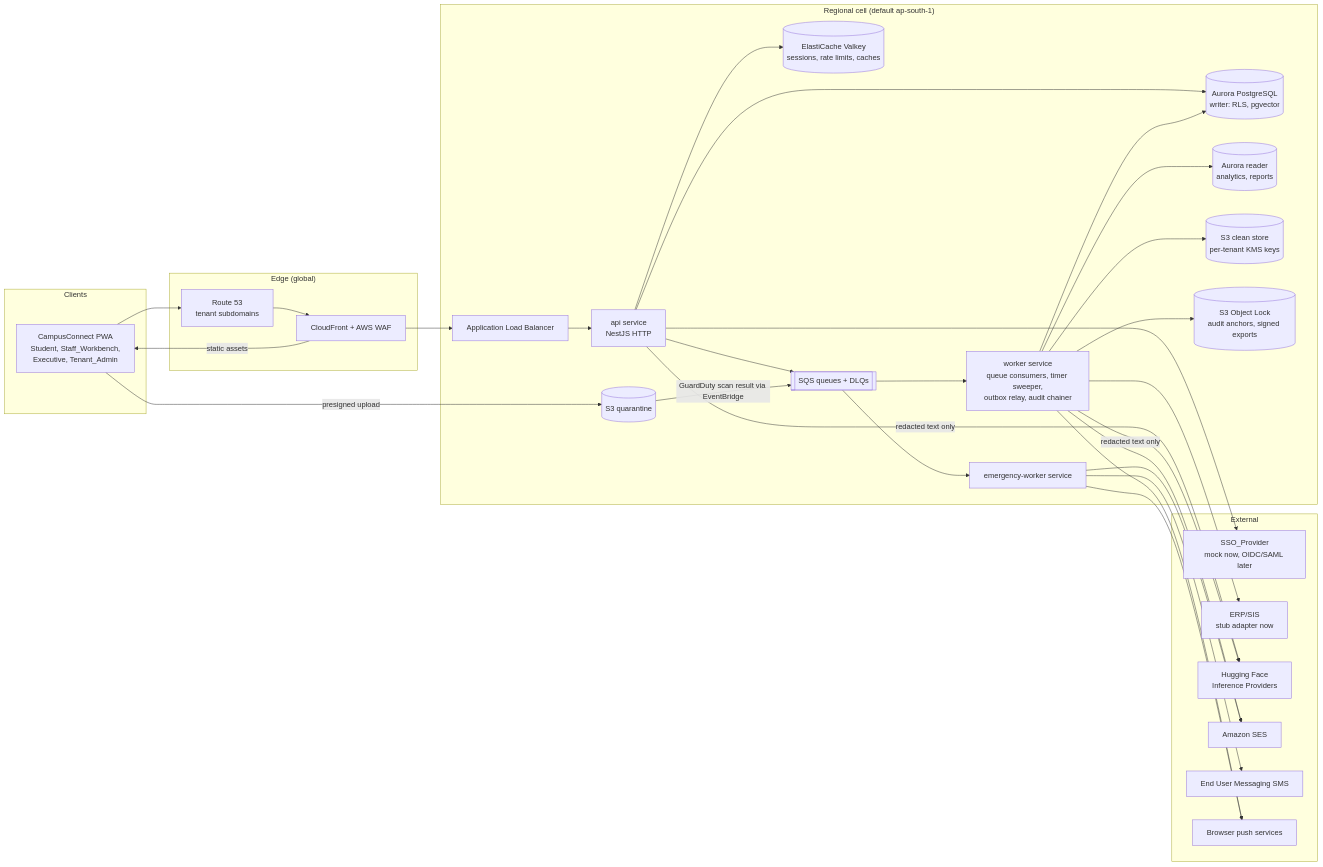
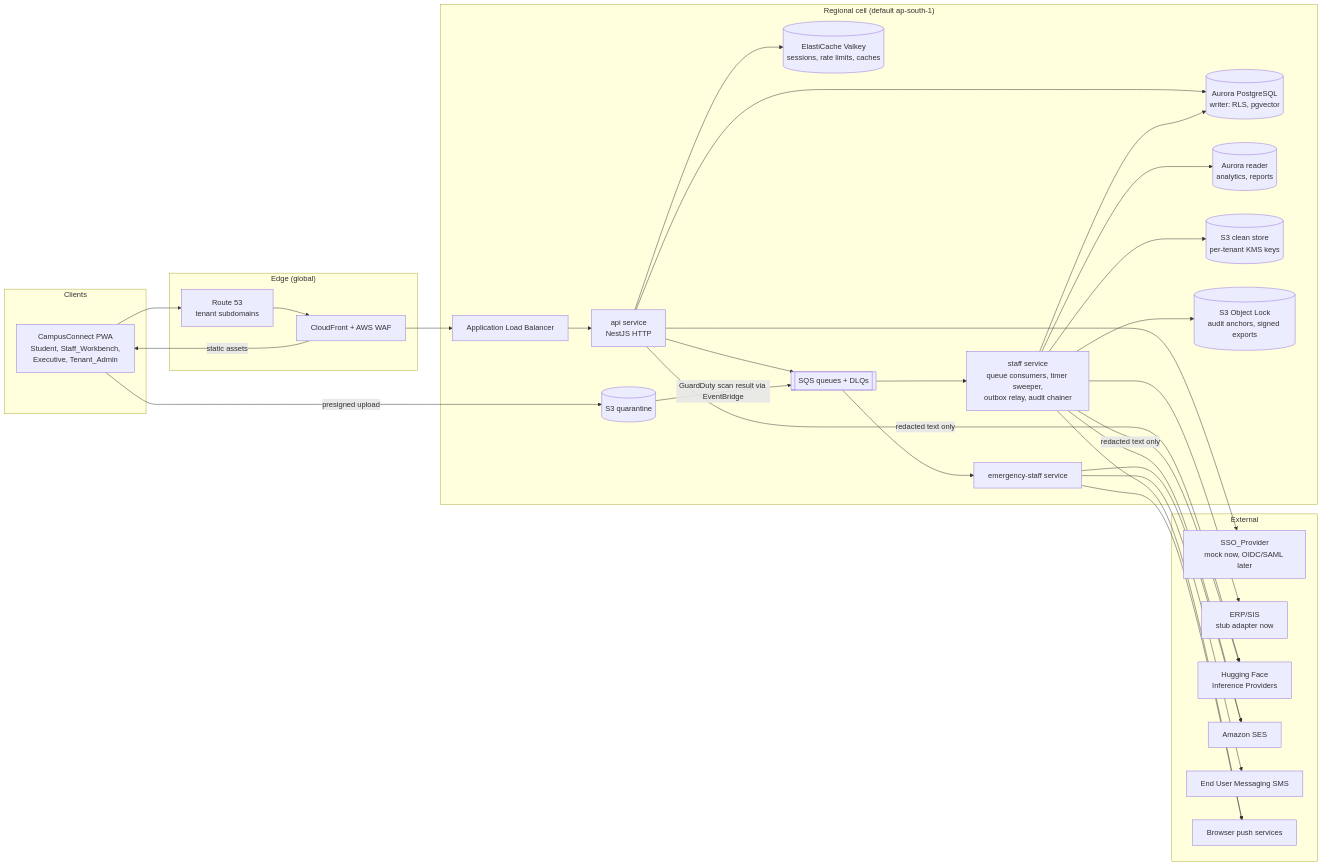
The first of 9 diagrams in .kiro/specs/campusconnect-platform/design.md (shuvamjana1-ops/CampussConnect), drawn with Mermaid before and after one commit. The commit also changed other lines of this file and 84 other files, not shown here.

````diff
--- a/.kiro/specs/campusconnect-platform/design.md
+++ b/.kiro/specs/campusconnect-platform/design.md
@@ -73,53 +73,53 @@
 ```mermaid
 flowchart LR
   subgraph Clients
     PWA["CampusConnect PWA<br/>Student, Staff_Workbench,<br/>Executive, Tenant_Admin"]
   end
   subgraph Edge["Edge (global)"]
     R53["Route 53<br/>tenant subdomains"]
     CF["CloudFront + AWS WAF"]
   end
   subgraph Cell["Regional cell (default ap-south-1)"]
     ALB["Application Load Balancer"]
     API["api service<br/>NestJS HTTP"]
-    WRK["worker service<br/>queue consumers, timer sweeper,<br/>outbox relay, audit chainer"]
-    EWRK["emergency-worker service"]
+    WRK["staff service<br/>queue consumers, timer sweeper,<br/>outbox relay, audit chainer"]
+    EWRK["emergency-staff service"]
     DB[("Aurora PostgreSQL<br/>writer: RLS, pgvector")]
     RDR[("Aurora reader<br/>analytics, reports")]
     KV[("ElastiCache Valkey<br/>sessions, rate limits, caches")]
     Q[["SQS queues + DLQs"]]
     S3Q[("S3 quarantine")]
     S3C[("S3 clean store<br/>per-tenant KMS keys")]
     S3A[("S3 Object Lock<br/>audit anchors, signed exports")]
   end
   subgraph External
     SSO["SSO_Provider<br/>mock now, OIDC/SAML later"]
     ERP["ERP/SIS<br/>stub adapter now"]
     HF["Hugging Face<br/>Inference Providers"]
     SES["Amazon SES"]
     SMS["End User Messaging SMS"]
     PUSH["Browser push services"]
   end
   PWA --> R53 --> CF --> ALB --> API
   CF -->|static assets| PWA
   API --> DB
   API --> KV
   API --> Q
   Q --> WRK
   Q --> EWRK
   WRK --> DB
   WRK --> RDR
   API --> SSO
   WRK --> ERP
   API -->|"redacted text only"| HF
   WRK -->|"redacted text only"| HF
   WRK --> SES
   WRK --> PUSH
   EWRK --> SMS
   EWRK --> PUSH
   EWRK --> SES
   PWA -->|"presigned upload"| S3Q
   S3Q -->|"GuardDuty scan result via EventBridge"| Q
   WRK --> S3C
   WRK --> S3A
 ```
````
